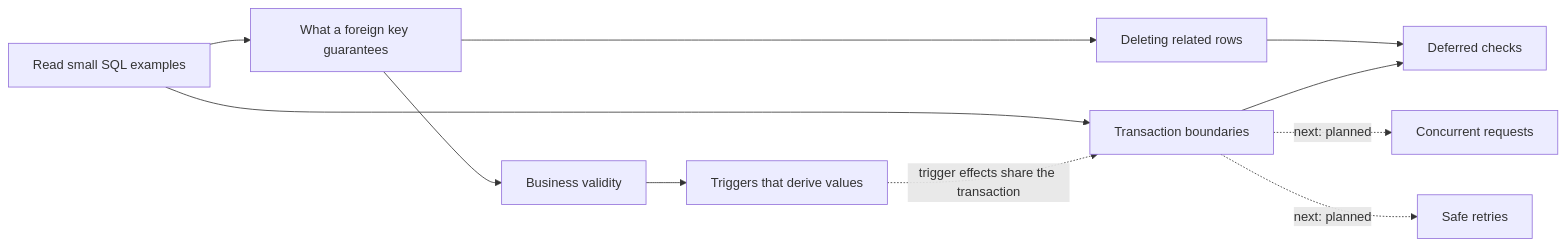
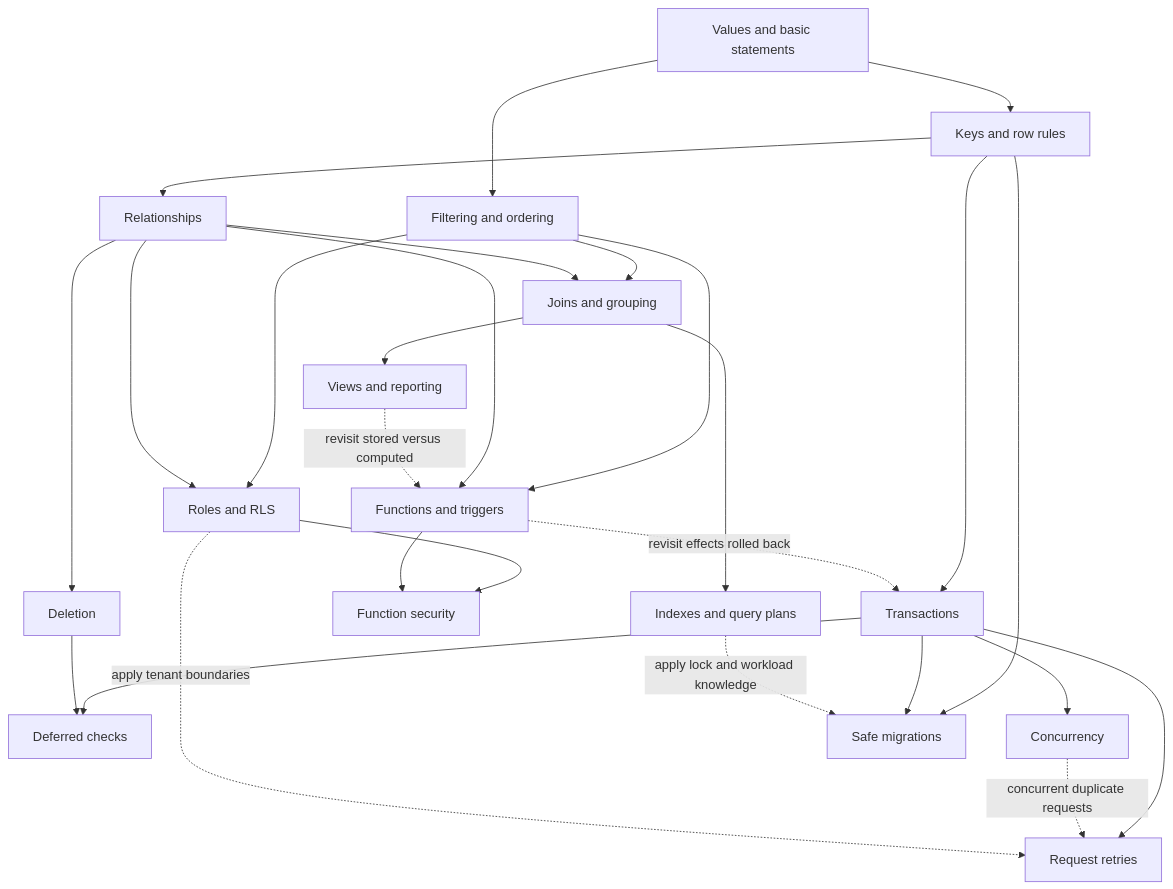
The diagram in COURSE_MAP.md (omsrivastava512/sql-postgresql-course), drawn with Mermaid before and after one commit. The commit also changed other lines of this file and 10 other files, not shown here.

````diff
--- a/COURSE_MAP.md
+++ b/COURSE_MAP.md
@@ -13,13 +52,29 @@
 ```mermaid
-flowchart LR
-  A["Read small SQL examples"] --> B["What a foreign key guarantees"]
-  B --> C["Business validity"]
-  C --> D["Triggers that derive values"]
-  B --> E["Deleting related rows"]
-  A --> F["Transaction boundaries"]
-  E --> G["Deferred checks"]
-  F --> G
-  D -. "trigger effects share the transaction" .-> F
-  F -. "next: planned" .-> H["Concurrent requests"]
-  F -. "next: planned" .-> I["Safe retries"]
+flowchart TD
+  V["Values and basic statements"] --> K["Keys and row rules"]
+  V --> Q["Filtering and ordering"]
+  K --> R["Relationships"]
+  Q --> J["Joins and grouping"]
+  R --> J
+  K --> T["Transactions"]
+  R --> D["Deletion"]
+  T --> F["Deferred checks"]
+  D --> F
+  Q --> B["Functions and triggers"]
+  R --> B
+  Q --> A["Roles and RLS"]
+  R --> A
+  A --> S["Function security"]
+  B --> S
+  J --> W["Views and reporting"]
+  J --> P["Indexes and query plans"]
+  T --> C["Concurrency"]
+  T --> I["Request retries"]
+  K --> M["Safe migrations"]
+  T --> M
+  B -. "revisit effects rolled back" .-> T
+  W -. "revisit stored versus computed" .-> B
+  C -. "concurrent duplicate requests" .-> I
+  A -. "apply tenant boundaries" .-> I
+  P -. "apply lock and workload knowledge" .-> M
 ```
````
